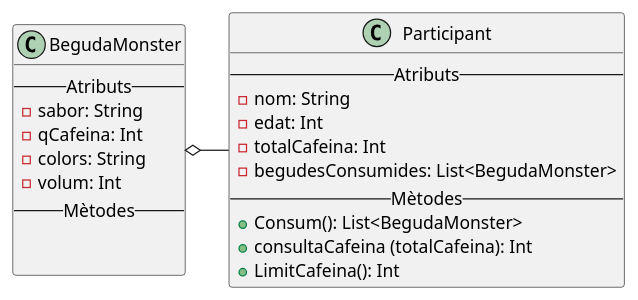
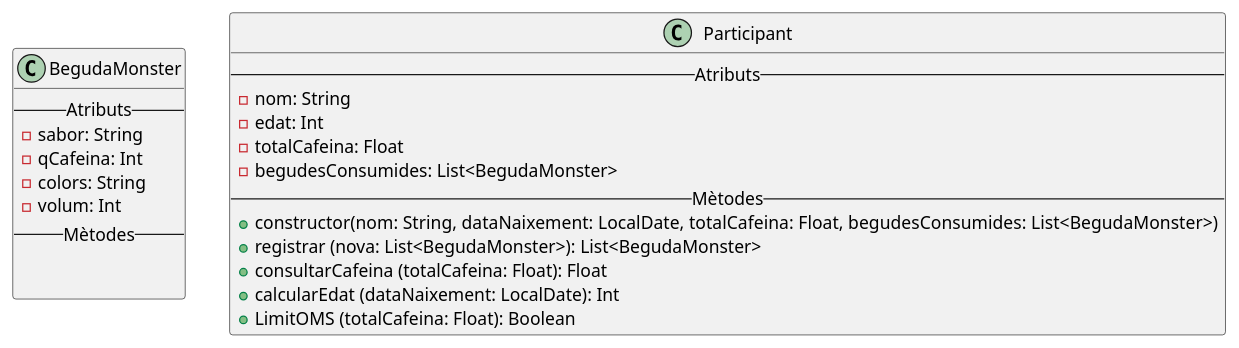
The diagram in src/main/kotlin/uml/Ex3.puml (Guillermo-Mir/DissenyDiagrames), drawn with PlantUML before and after one commit. The commit also changed 3 other files, not shown here.

Commit message:
Commit UML mig fet

```diff
--- a/src/main/kotlin/uml/Ex3.puml
+++ b/src/main/kotlin/uml/Ex3.puml
@@ -1,28 +1,30 @@
 @startuml
 'https://plantuml.com/class-diagram
 
 class BegudaMonster {
     -- Atributs --
     - sabor: String
     - qCafeina: Int
     - colors: String
     - volum: Int
     -- Mètodes --
 
 
 }
 
 class Participant {
     -- Atributs --
     - nom: String
     - edat: Int
-    - totalCafeina: Int
+    - totalCafeina: Float
     - begudesConsumides: List<BegudaMonster>
     -- Mètodes --
-    + Consum(): List<BegudaMonster>
-    + consultaCafeina (totalCafeina): Int
-    + LimitCafeina(): Int
+    + constructor(nom: String, dataNaixement: LocalDate, totalCafeina: Float,  begudesConsumides: List<BegudaMonster>)
+    + registrar (nova: List<BegudaMonster>): List<BegudaMonster>
+    + consultarCafeina (totalCafeina: Float): Float
+    + calcularEdat (dataNaixement: LocalDate): Int
+    + LimitOMS (totalCafeina: Float): Boolean
 }
 
-BegudaMonster o-right- Participant
+
 @enduml
```
